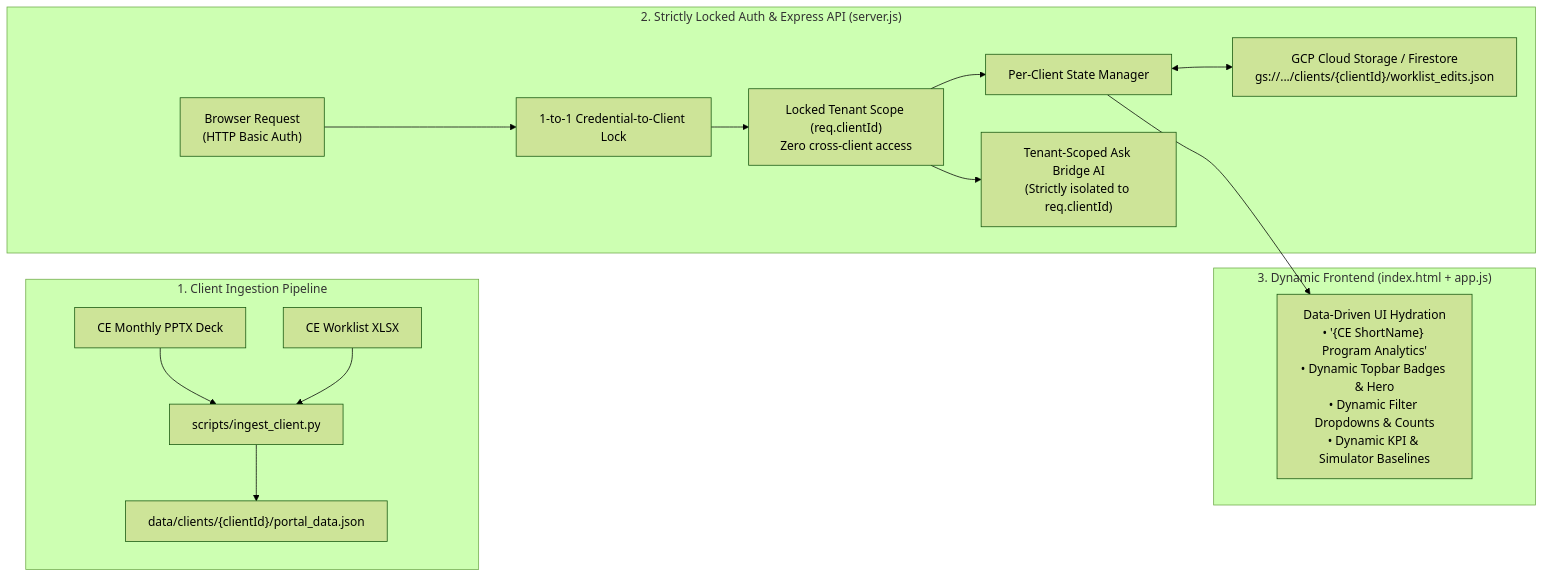
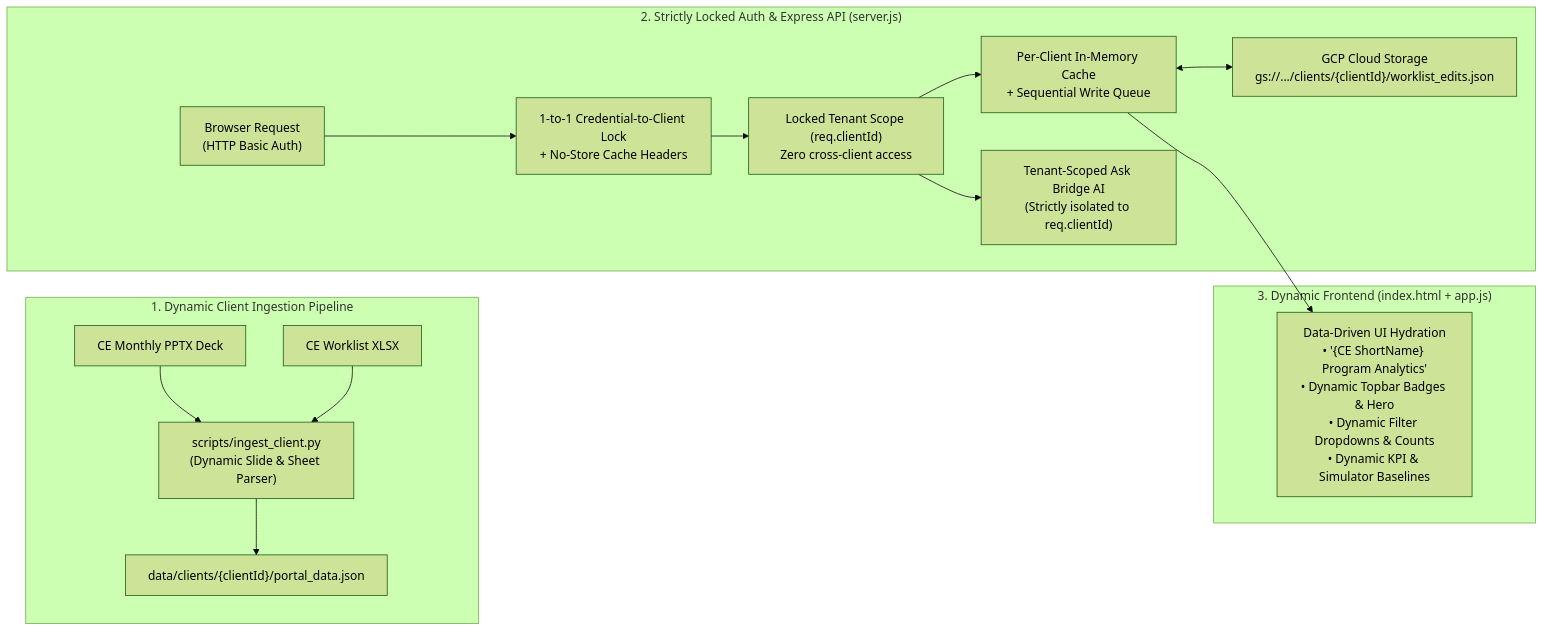
Before and after one commit to rishibridge/damien-program-portal: the diagram in docs/MULTI_CLIENT_PLAN.md, drawn with Mermaid (forest theme). The commit also changed other lines of this file, not shown here.

Commit message:
docs: refine multi-client plan to v4 with 6 execution-readiness safeguards

````diff
--- a/docs/MULTI_CLIENT_PLAN.md
+++ b/docs/MULTI_CLIENT_PLAN.md
@@ -37,20 +37,20 @@
 ```mermaid
 flowchart LR
-  subgraph Ingestion["1. Client Ingestion Pipeline"]
-    PPTX["CE Monthly PPTX Deck"] --> Parser["scripts/ingest_client.py"]
+  subgraph Ingestion["1. Dynamic Client Ingestion Pipeline"]
+    PPTX["CE Monthly PPTX Deck"] --> Parser["scripts/ingest_client.py\n(Dynamic Slide & Sheet Parser)"]
     XLSX["CE Worklist XLSX"] --> Parser
     Parser --> ClientJSON["data/clients/{clientId}/portal_data.json"]
   end
 
   subgraph AuthAndRouting["2. Strictly Locked Auth & Express API (server.js)"]
-    Req["Browser Request\n(HTTP Basic Auth)"] --> BasicAuth["1-to-1 Credential-to-Client Lock"]
+    Req["Browser Request\n(HTTP Basic Auth)"] --> BasicAuth["1-to-1 Credential-to-Client Lock\n+ No-Store Cache Headers"]
     BasicAuth --> Scope["Locked Tenant Scope (req.clientId)\nZero cross-client access"]
-    Scope --> StateMgr["Per-Client State Manager"]
-    StateMgr <--> GCS["GCP Cloud Storage / Firestore\ngs://.../clients/{clientId}/worklist_edits.json"]
+    Scope --> StateMgr["Per-Client In-Memory Cache\n+ Sequential Write Queue"]
+    StateMgr <--> GCS["GCP Cloud Storage\ngs://.../clients/{clientId}/worklist_edits.json"]
     Scope --> GeminiAI["Tenant-Scoped Ask Bridge AI\n(Strictly isolated to req.clientId)"]
   end
 
   subgraph Frontend["3. Dynamic Frontend (index.html + app.js)"]
     StateMgr --> UI["Data-Driven UI Hydration\n• '{CE ShortName} Program Analytics'\n• Dynamic Topbar Badges & Hero\n• Dynamic Filter Dropdowns & Counts\n• Dynamic KPI & Simulator Baselines"]
   end
 ```
````
